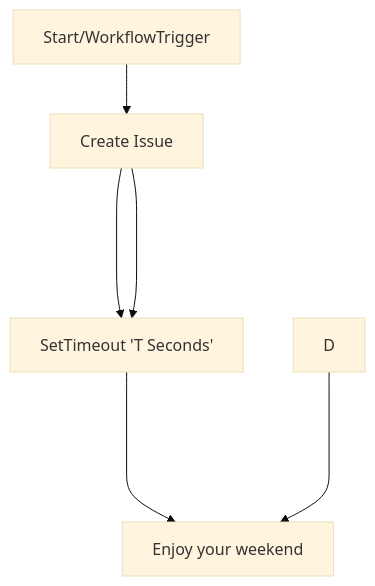
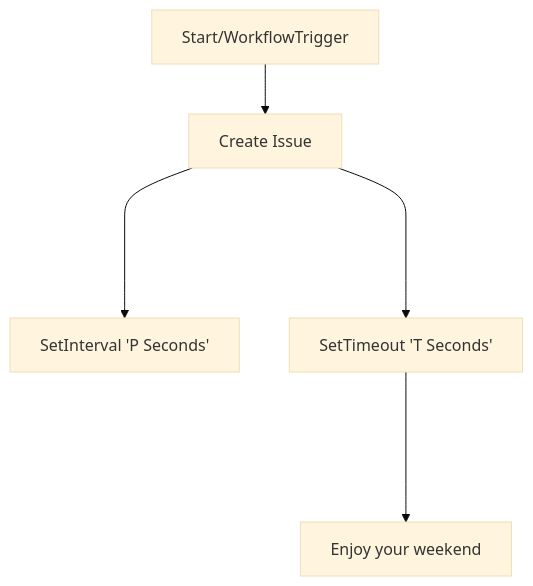
One commit to yog-labs/custom-starter-template changed the diagram in README.md. Above: the diagram before and after it, drawn with Mermaid (base theme).

````diff
--- a/README.md
+++ b/README.md
@@ -45,8 +45,7 @@
 ```mermaid
 flowchart TD
     A[Start/WorkflowTrigger] --> B[Create Issue];
     B ----> C[SetInterval 'P Seconds'];
-    B ----> C[SetTimeout 'T Seconds'];
-    C ----> E[Enjoy your weekend];
+    B ----> D[SetTimeout 'T Seconds'];
     D ----> E[Enjoy your weekend];
 ```
````
